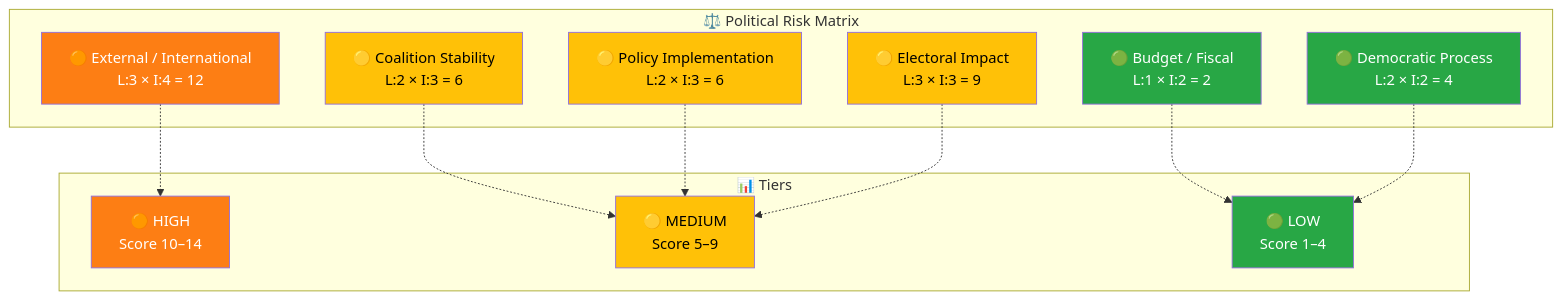
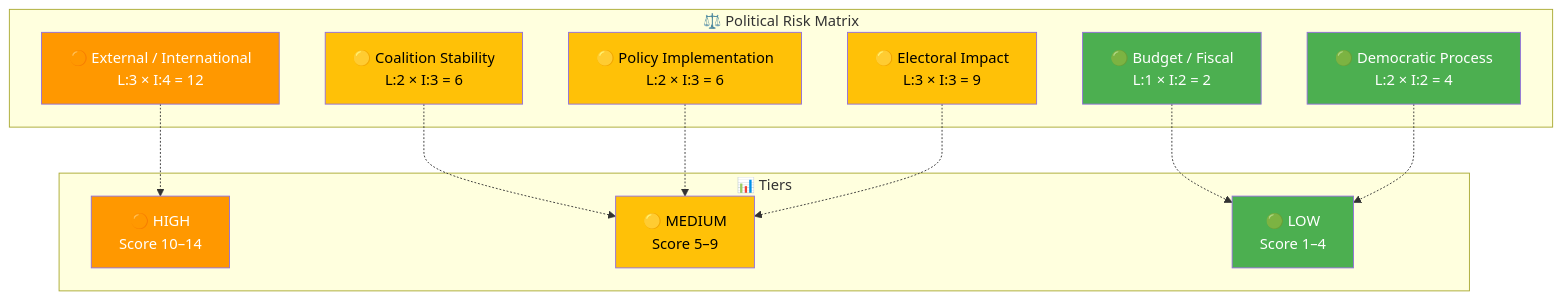
Before and after one commit to Hack23/riksdagsmonitor: the third of 3 diagrams in analysis/daily/2026-04-02/realtime-1428/documents/HD03228-analysis.md, drawn with Mermaid. The commit also changed other lines of this file and 785 other files, not shown here.

First line of the commit message:
Normalize mermaid colors across 786 analysis artifacts to ISMS Style Guide palette

````diff
--- a/analysis/daily/2026-04-02/realtime-1428/documents/HD03228-analysis.md
+++ b/analysis/daily/2026-04-02/realtime-1428/documents/HD03228-analysis.md
@@ -97,34 +97,34 @@
 ```mermaid
 graph TD
     subgraph "⚖️ Political Risk Matrix"
         R1["🟡 Coalition Stability<br/>L:2 × I:3 = 6"]
         R2["🟡 Policy Implementation<br/>L:2 × I:3 = 6"]
         R3["🟢 Budget / Fiscal<br/>L:1 × I:2 = 2"]
         R4["🟡 Electoral Impact<br/>L:3 × I:3 = 9"]
         R5["🟢 Democratic Process<br/>L:2 × I:2 = 4"]
         R6["🟠 External / International<br/>L:3 × I:4 = 12"]
     end
 
     subgraph "📊 Tiers"
         T2["🟠 HIGH<br/>Score 10–14"]
         T3["🟡 MEDIUM<br/>Score 5–9"]
         T4["🟢 LOW<br/>Score 1–4"]
     end
 
     R6 -.-> T2
     R1 -.-> T3
     R2 -.-> T3
     R4 -.-> T3
     R3 -.-> T4
     R5 -.-> T4
 
-    style R1 fill:#ffc107,color:#000
-    style R2 fill:#ffc107,color:#000
-    style R3 fill:#28a745,color:#fff
-    style R4 fill:#ffc107,color:#000
-    style R5 fill:#28a745,color:#fff
-    style R6 fill:#fd7e14,color:#fff
-    style T2 fill:#fd7e14,color:#fff
-    style T3 fill:#ffc107,color:#000
-    style T4 fill:#28a745,color:#fff
+    style R1 fill:#FFC107,color:#000000
+    style R2 fill:#FFC107,color:#000000
+    style R3 fill:#4CAF50,color:#FFFFFF
+    style R4 fill:#FFC107,color:#000000
+    style R5 fill:#4CAF50,color:#FFFFFF
+    style R6 fill:#FF9800,color:#FFFFFF
+    style T2 fill:#FF9800,color:#FFFFFF
+    style T3 fill:#FFC107,color:#000000
+    style T4 fill:#4CAF50,color:#FFFFFF
 ```
````
